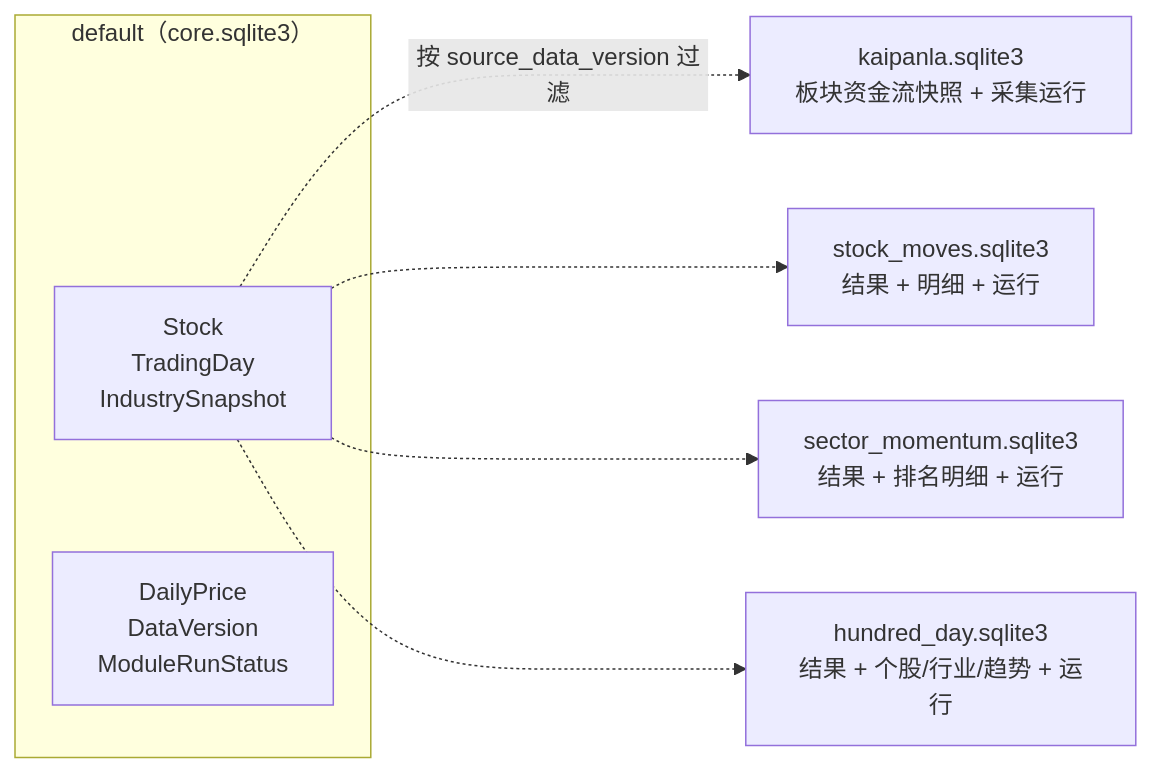
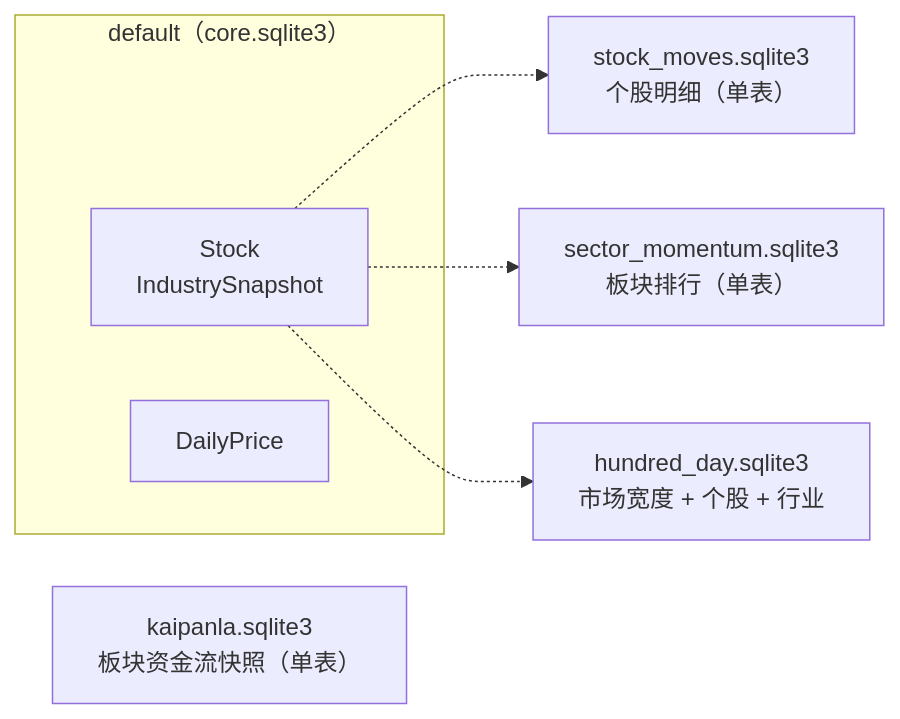
One commit to imwhatiam/AShareReview changed the first of 5 diagrams in README.md. Above: the diagram before and after it, drawn with Mermaid. The commit also changed other lines of this file and 200 other files, not shown here.

````diff
--- a/README.md
+++ b/README.md
@@ -73,16 +71,15 @@
 ```mermaid
 flowchart LR
     subgraph DEF["default（core.sqlite3）"]
-        ST["Stock<br/>TradingDay<br/>IndustrySnapshot"]
-        DS["DailyPrice<br/>DataVersion<br/>ModuleRunStatus"]
+        ST["Stock<br/>IndustrySnapshot"]
+        DS["DailyPrice"]
     end
-    KP["kaipanla.sqlite3<br/>板块资金流快照 + 采集运行"]
-    SM["stock_moves.sqlite3<br/>结果 + 明细 + 运行"]
-    SE["sector_momentum.sqlite3<br/>结果 + 排名明细 + 运行"]
-    HD["hundred_day.sqlite3<br/>结果 + 个股/行业/趋势 + 运行"]
+    KP["kaipanla.sqlite3<br/>板块资金流快照（单表）"]
+    SM["stock_moves.sqlite3<br/>个股明细（单表）"]
+    SE["sector_momentum.sqlite3<br/>板块排行（单表）"]
+    HD["hundred_day.sqlite3<br/>市场宽度 + 个股 + 行业"]
 
-    ST -. 按 source_data_version 过滤 .-> KP
     ST -.-> SM
     ST -.-> SE
     ST -.-> HD
 ```
````
